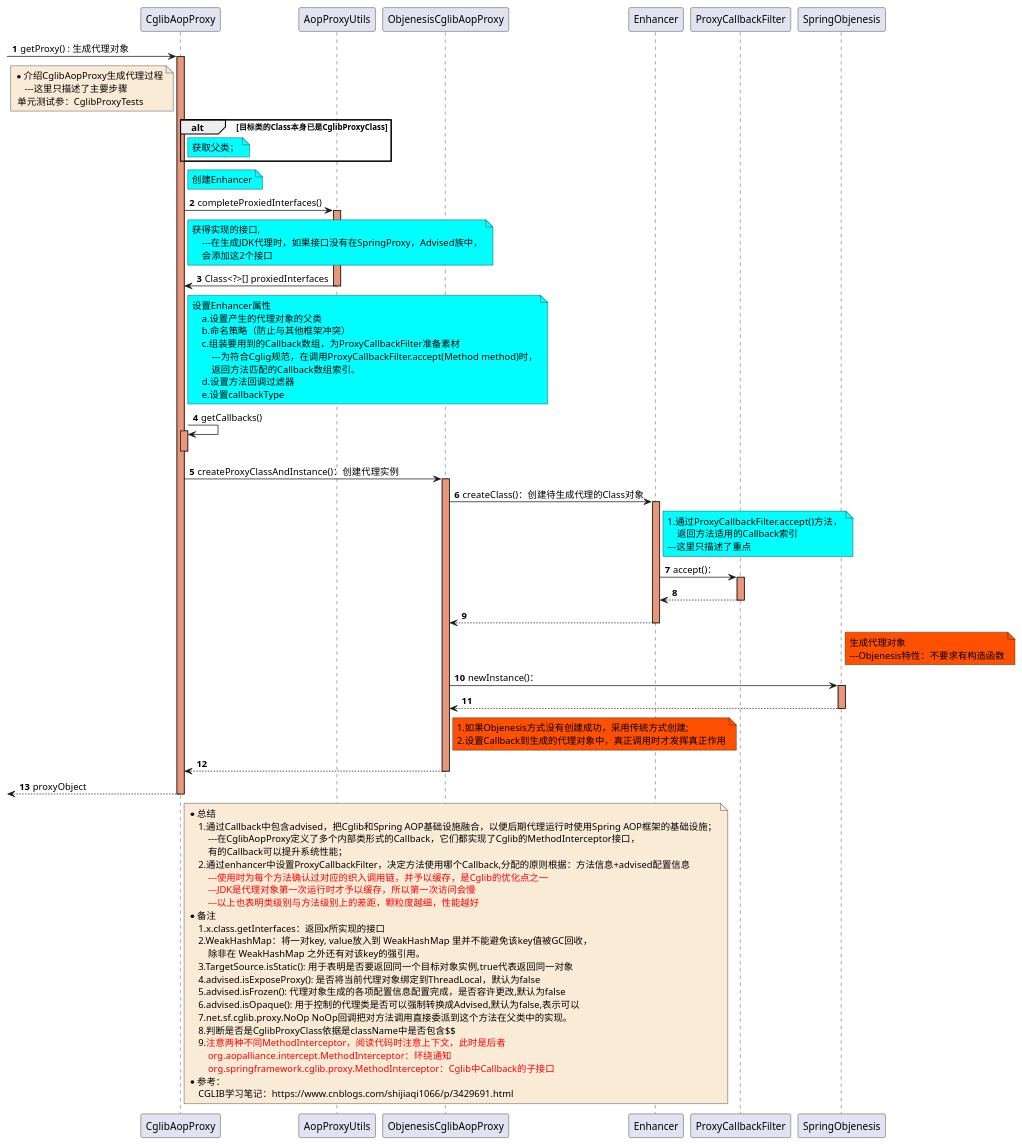
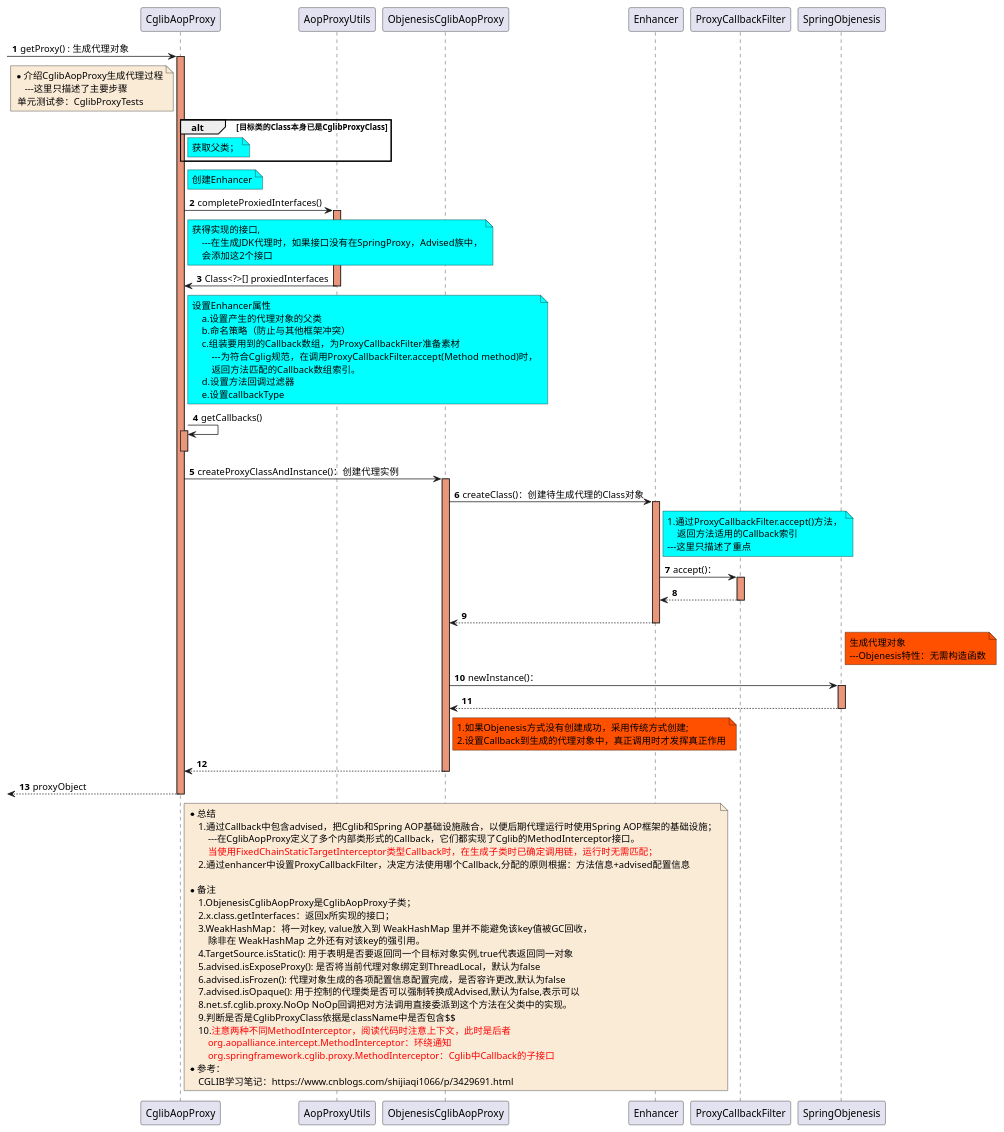
Before and after one commit to czwer/learn-spring-code: the diagram in document/spring/base/sequence/AOP-GenerateProxyObject-2-CglibAopProxy_getProxy-sequence.puml, drawn with PlantUML. The commit also changed 1 other file, not shown here.

Commit message:
原理解部分有误，先纠正：Cglib（当使用DynamicAdvisedInterceptor类型Callback）和Jdk生成代理对象都是在第一次进行缓存的

```diff
--- a/document/spring/base/sequence/AOP-GenerateProxyObject-2-CglibAopProxy_getProxy-sequence.puml
+++ b/document/spring/base/sequence/AOP-GenerateProxyObject-2-CglibAopProxy_getProxy-sequence.puml
@@ -1,117 +1,116 @@
 @startuml
 
 autonumber
 
 -> CglibAopProxy: getProxy() : 生成代理对象
 
 note left of CglibAopProxy #FAEBD7
     *介绍CglibAopProxy生成代理过程
         ---这里只描述了主要步骤
      单元测试参：CglibProxyTests
 end note
 activate CglibAopProxy #DarkSalmon
     alt 目标类的Class本身已是CglibProxyClass
         note right of CglibAopProxy #aqua
             获取父类；
         end note
     end
 
     note right of CglibAopProxy #aqua
         创建Enhancer
     end note
 
     CglibAopProxy-> AopProxyUtils:completeProxiedInterfaces()
     activate AopProxyUtils #DarkSalmon
         note right of CglibAopProxy #aqua
             获得实现的接口,
                 ---在生成JDK代理时，如果接口没有在SpringProxy，Advised族中，
                 会添加这2个接口
         end note
     AopProxyUtils-> CglibAopProxy:Class<?>[] proxiedInterfaces
     deactivate AopProxyUtils
 
     note right of CglibAopProxy #aqua
         设置Enhancer属性
             a.设置产生的代理对象的父类
             b.命名策略（防止与其他框架冲突）
             c.组装要用到的Callback数组，为ProxyCallbackFilter准备素材
                 ---为符合Cglig规范，在调用ProxyCallbackFilter.accept(Method method)时，
                 返回方法匹配的Callback数组索引。
             d.设置方法回调过滤器
             e.设置callbackType
     end note
 
     CglibAopProxy -> CglibAopProxy : getCallbacks()
     activate CglibAopProxy #DarkSalmon
     deactivate CglibAopProxy
 
     CglibAopProxy -> ObjenesisCglibAopProxy : createProxyClassAndInstance()：创建代理实例
     activate ObjenesisCglibAopProxy #DarkSalmon
 
         ObjenesisCglibAopProxy -> Enhancer : createClass()：创建待生成代理的Class对象
         activate Enhancer #DarkSalmon
             note right of Enhancer #aqua
                 1.通过ProxyCallbackFilter.accept()方法，
                     返回方法适用的Callback索引
                 ---这里只描述了重点
             end note
 
             Enhancer -> ProxyCallbackFilter : accept()：
             activate ProxyCallbackFilter #DarkSalmon
             ProxyCallbackFilter --> Enhancer
             deactivate ProxyCallbackFilter
 
         Enhancer --> ObjenesisCglibAopProxy
         deactivate Enhancer
 
         note right of SpringObjenesis #FF5000
             生成代理对象
-            ---Objenesis特性：不要求有构造函数
+            ---Objenesis特性：无需构造函数
         end note
 
         ObjenesisCglibAopProxy -> SpringObjenesis : newInstance()：
         activate SpringObjenesis #DarkSalmon
         SpringObjenesis --> ObjenesisCglibAopProxy
         deactivate SpringObjenesis
 
         note right of ObjenesisCglibAopProxy #FF5000
             1.如果Objenesis方式没有创建成功，采用传统方式创建;
             2.设置Callback到生成的代理对象中，真正调用时才发挥真正作用
         end note
 
 
     ObjenesisCglibAopProxy --> CglibAopProxy
     deactivate ObjenesisCglibAopProxy
 
 
 
 <-- CglibAopProxy : proxyObject
 deactivate CglibAopProxy
 
 note right of CglibAopProxy #FAEBD7
 *总结
     1.通过Callback中包含advised，把Cglib和Spring AOP基础设施融合，以便后期代理运行时使用Spring AOP框架的基础设施；
-        ---在CglibAopProxy定义了多个内部类形式的Callback，它们都实现了Cglib的MethodInterceptor接口，
-        有的Callback可以提升系统性能；
+        ---在CglibAopProxy定义了多个内部类形式的Callback，它们都实现了Cglib的MethodInterceptor接口。
+        <font color=red>当使用FixedChainStaticTargetInterceptor类型Callback时，在生成子类时已确定调用链，运行时无需匹配；</font>
     2.通过enhancer中设置ProxyCallbackFilter，决定方法使用哪个Callback,分配的原则根据：方法信息+advised配置信息
-        <font color=red>---使用时为每个方法确认过对应的织入调用链，并予以缓存，是Cglib的优化点之一</font>
-        <font color=red>---JDK是代理对象第一次运行时才予以缓存，所以第一次访问会慢</font>
-        <font color=red>---以上也表明类级别与方法级别上的差距，颗粒度越细，性能越好</font>
+
 *备注
-    1.x.class.getInterfaces：返回x所实现的接口
-    2.WeakHashMap：将一对key, value放入到 WeakHashMap 里并不能避免该key值被GC回收，
+    1.ObjenesisCglibAopProxy是CglibAopProxy子类；
+    2.x.class.getInterfaces：返回x所实现的接口；
+    3.WeakHashMap：将一对key, value放入到 WeakHashMap 里并不能避免该key值被GC回收，
         除非在 WeakHashMap 之外还有对该key的强引用。
-    3.TargetSource.isStatic(): 用于表明是否要返回同一个目标对象实例,true代表返回同一对象
-    4.advised.isExposeProxy(): 是否将当前代理对象绑定到ThreadLocal，默认为false
-    5.advised.isFrozen(): 代理对象生成的各项配置信息配置完成，是否容许更改,默认为false
-    6.advised.isOpaque(): 用于控制的代理类是否可以强制转换成Advised,默认为false,表示可以
-    7.net.sf.cglib.proxy.NoOp NoOp回调把对方法调用直接委派到这个方法在父类中的实现。
-    8.判断是否是CglibProxyClass依据是className中是否包含$$
-    9.<font color=red>注意两种不同MethodInterceptor，阅读代码时注意上下文，此时是后者</font>
+    4.TargetSource.isStatic(): 用于表明是否要返回同一个目标对象实例,true代表返回同一对象
+    5.advised.isExposeProxy(): 是否将当前代理对象绑定到ThreadLocal，默认为false
+    6.advised.isFrozen(): 代理对象生成的各项配置信息配置完成，是否容许更改,默认为false
+    7.advised.isOpaque(): 用于控制的代理类是否可以强制转换成Advised,默认为false,表示可以
+    8.net.sf.cglib.proxy.NoOp NoOp回调把对方法调用直接委派到这个方法在父类中的实现。
+    9.判断是否是CglibProxyClass依据是className中是否包含$$
+    10.<font color=red>注意两种不同MethodInterceptor，阅读代码时注意上下文，此时是后者</font>
         <font color=red>org.aopalliance.intercept.MethodInterceptor：环绕通知</font>
         <font color=red>org.springframework.cglib.proxy.MethodInterceptor：Cglib中Callback的子接口</font>
 *参考：
     CGLIB学习笔记：https://www.cnblogs.com/shijiaqi1066/p/3429691.html
 end note
 
 @enduml
```
